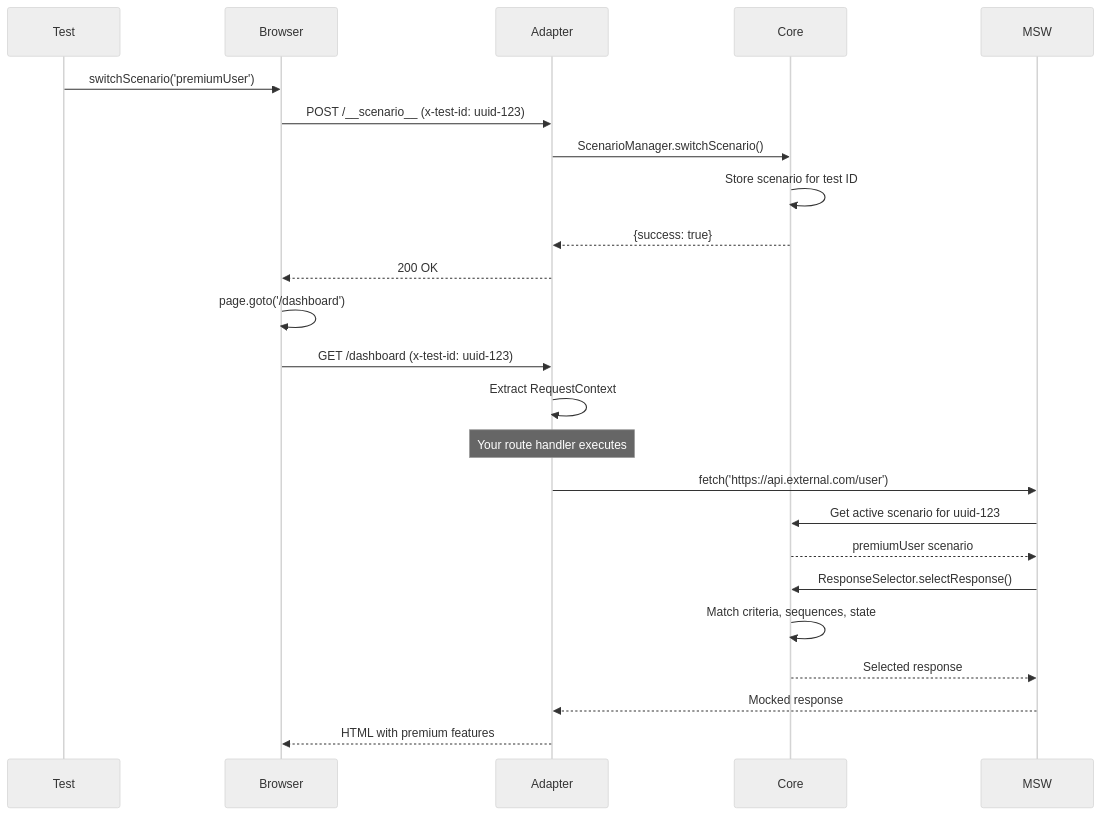
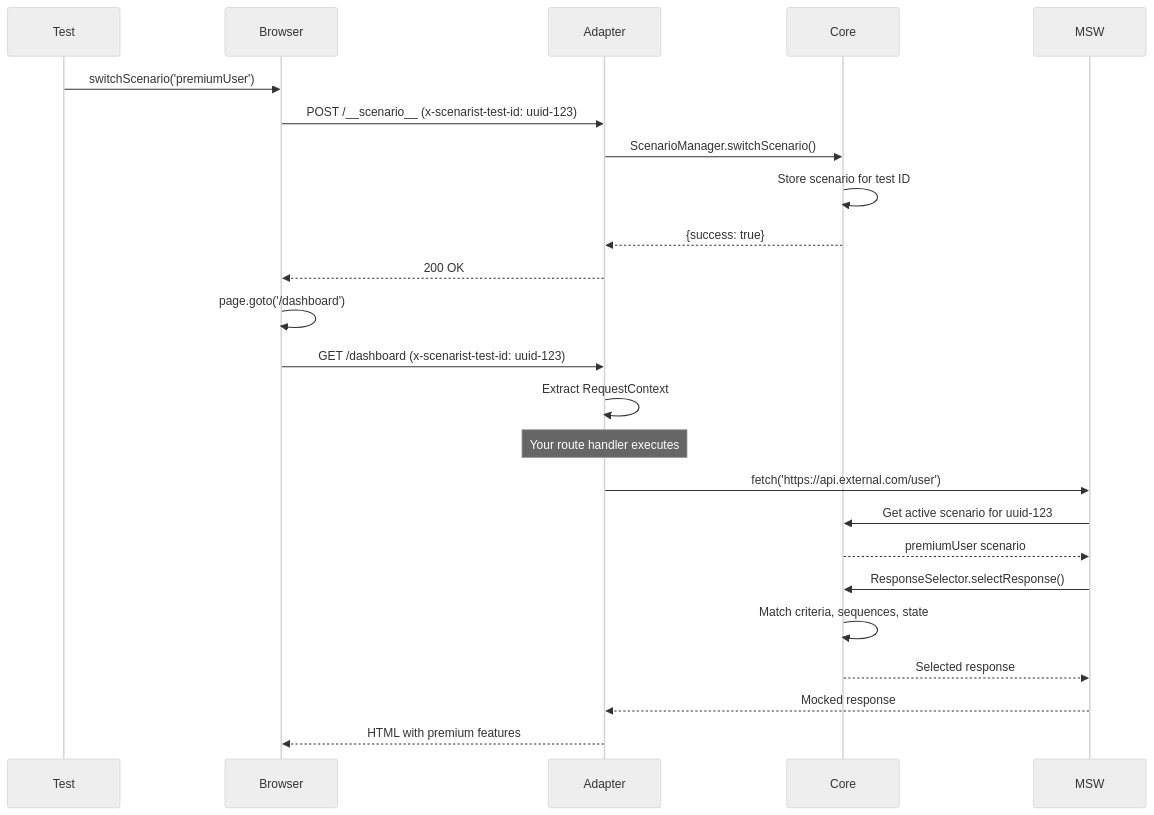
The fourth of 4 diagrams in apps/docs/src/content/docs/concepts/architecture.mdx (citypaul/scenarist), drawn with Mermaid (neutral theme) before and after one commit. The commit also changed other lines of this file and 146 other files, not shown here.

First line of the commit message:
feat!: standardize test ID header to x-scenarist-test-id (#140)

````diff
--- a/apps/docs/src/content/docs/concepts/architecture.mdx
+++ b/apps/docs/src/content/docs/concepts/architecture.mdx
@@ -325,28 +325,28 @@
 ```mermaid
 sequenceDiagram
     participant T as Test
     participant B as Browser
     participant A as Adapter
     participant C as Core
     participant M as MSW
 
     T->>B: switchScenario('premiumUser')
-    B->>A: POST /__scenario__ (x-test-id: uuid-123)
+    B->>A: POST /__scenario__ (x-scenarist-test-id: uuid-123)
     A->>C: ScenarioManager.switchScenario()
     C->>C: Store scenario for test ID
     C-->>A: {success: true}
     A-->>B: 200 OK
 
     B->>B: page.goto('/dashboard')
-    B->>A: GET /dashboard (x-test-id: uuid-123)
+    B->>A: GET /dashboard (x-scenarist-test-id: uuid-123)
     A->>A: Extract RequestContext
     Note over A: Your route handler executes
     A->>M: fetch('https://api.external.com/user')
     M->>C: Get active scenario for uuid-123
     C-->>M: premiumUser scenario
     M->>C: ResponseSelector.selectResponse()
     C->>C: Match criteria, sequences, state
     C-->>M: Selected response
     M-->>A: Mocked response
     A-->>B: HTML with premium features
 ```
````
